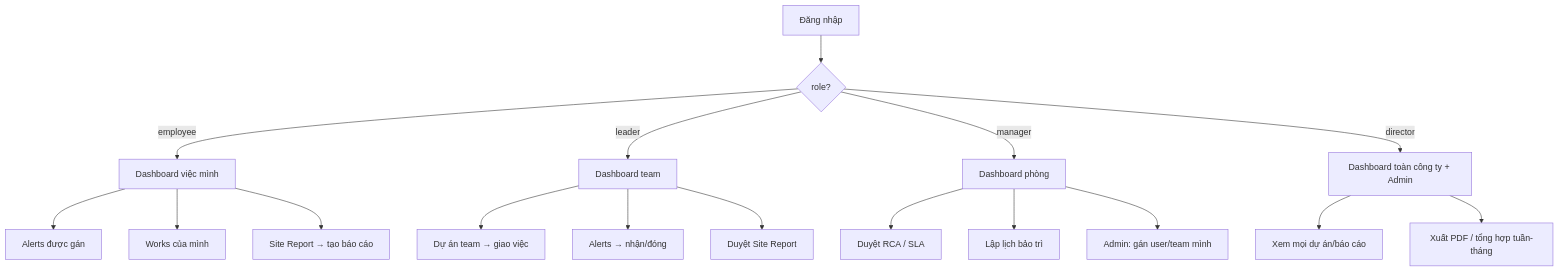
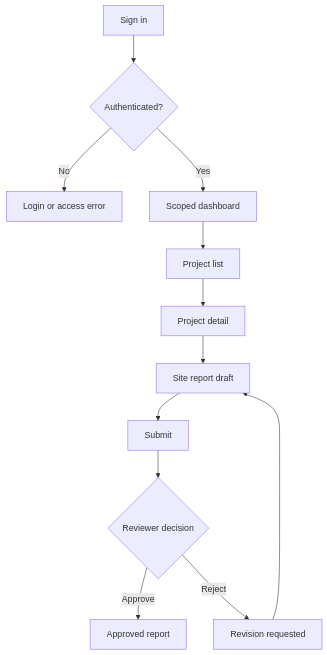
The first of 2 diagrams in docs/DESIGN_WIREFRAMES.md (TienNguyen3010/FDI_Project), drawn with Mermaid before and after one commit. The commit also changed other lines of this file and 15 other files, not shown here.

````diff
--- a/docs/DESIGN_WIREFRAMES.md
+++ b/docs/DESIGN_WIREFRAMES.md
@@ -10,23 +17,14 @@
 ```mermaid
 flowchart TD
-    A[Đăng nhập] --> B{role?}
-    B -->|employee| E1[Dashboard việc mình]
-    B -->|leader| L1[Dashboard team]
-    B -->|manager| M1[Dashboard phòng]
-    B -->|director| D1[Dashboard toàn công ty + Admin]
-
-    E1 --> E2[Alerts được gán]
-    E1 --> E3[Works của mình]
-    E1 --> E4[Site Report → tạo báo cáo]
-
-    L1 --> L2[Dự án team → giao việc]
-    L1 --> L3[Alerts → nhận/đóng]
-    L1 --> L4[Duyệt Site Report]
-
-    M1 --> M2[Duyệt RCA / SLA]
-    M1 --> M3[Lập lịch bảo trì]
-    M1 --> M4[Admin: gán user/team mình]
-
-    D1 --> D1a[Xem mọi dự án/báo cáo]
-    D1 --> D1b[Xuất PDF / tổng hợp tuần-tháng]
+  A[Sign in] --> B{Authenticated?}
+  B -->|No| C[Login or access error]
+  B -->|Yes| D[Scoped dashboard]
+  D --> E[Project list]
+  E --> F[Project detail]
+  F --> G[Site report draft]
+  G --> H[Submit]
+  H --> I{Reviewer decision}
+  I -->|Approve| J[Approved report]
+  I -->|Reject| K[Revision requested]
+  K --> G
 ```
````
